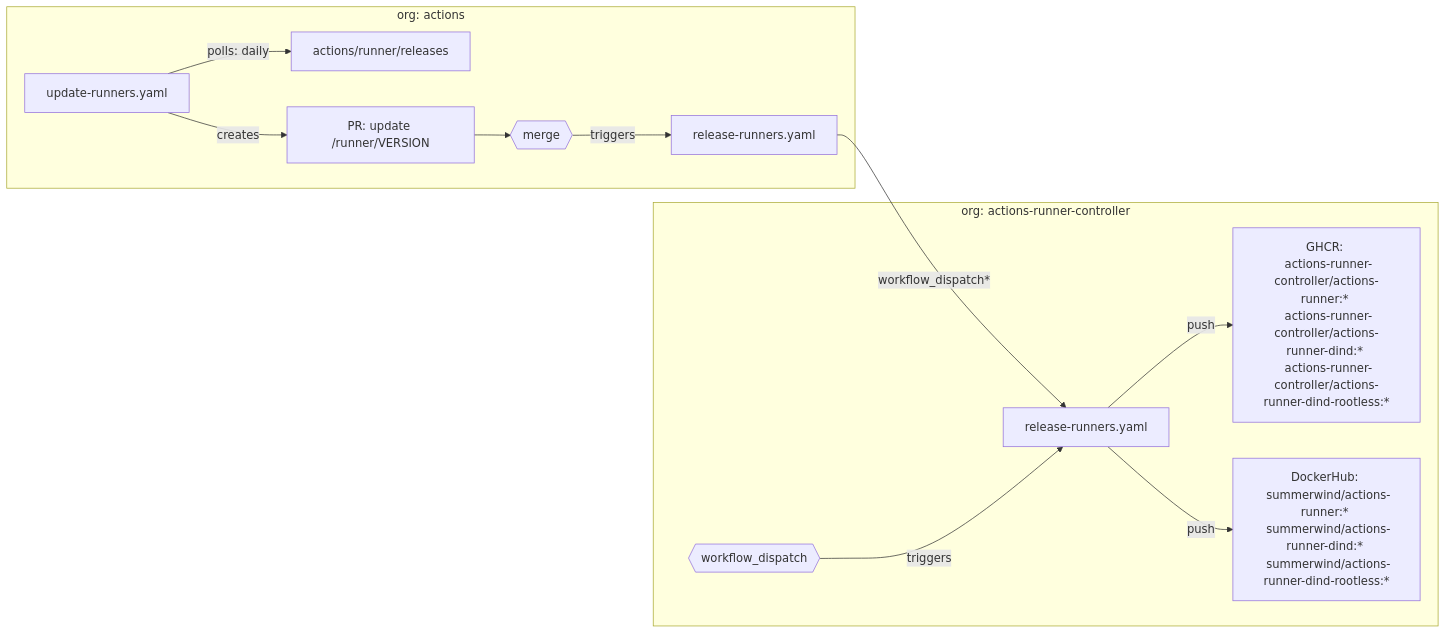
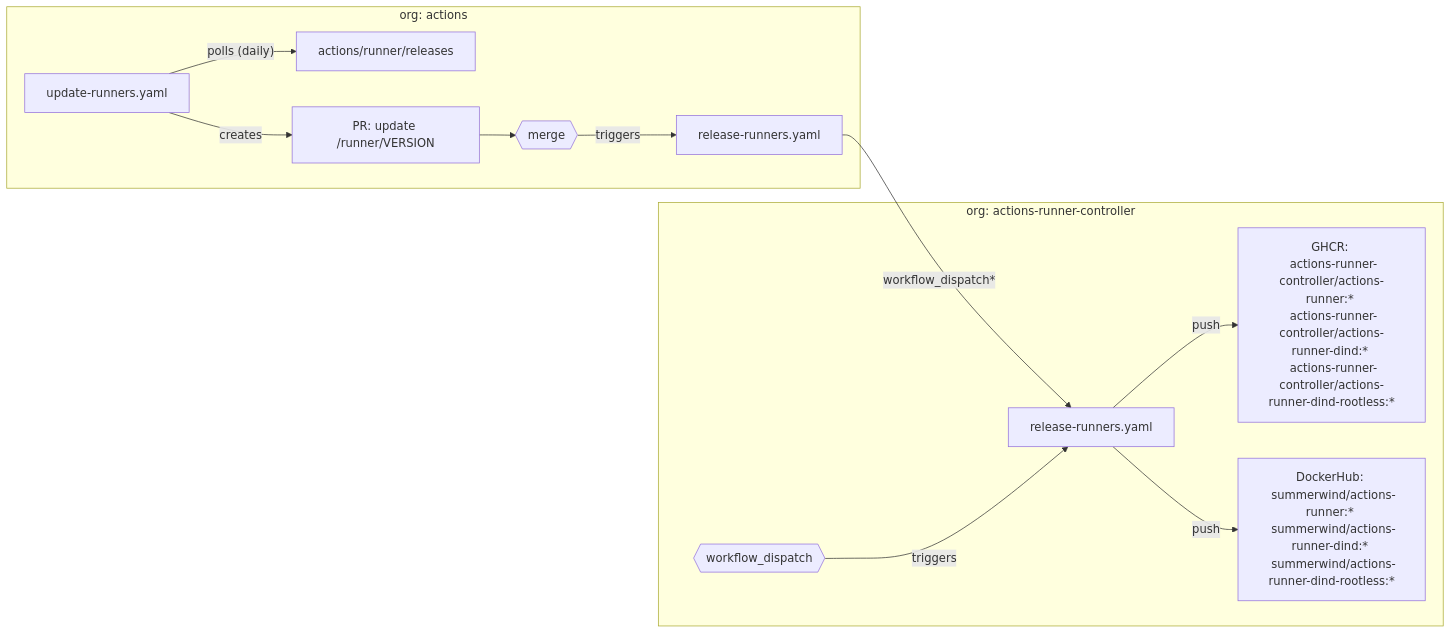
One commit to actions-runner-controller/releases changed the first of 3 diagrams in README.md. Above: the diagram before and after it, drawn with Mermaid.

Commit message:
Wrap with double quotes

````diff
--- a/README.md
+++ b/README.md
@@ -11,15 +11,15 @@
 ```mermaid
 flowchart LR
     workflow["release-runners.yaml"] -- workflow_dispatch* --> workflow_b["release-runners.yaml"]
     subgraph org: actions
-    update_runners_workflow["update-runners.yaml"] -- polls: daily --> runner_releases["actions/runner/releases"]
+    update_runners_workflow["update-runners.yaml"] -- "polls (daily)" --> runner_releases["actions/runner/releases"]
     update_runners_workflow -- creates --> runner_update_pr["PR: update /runner/VERSION"]
     runner_update_pr --> runner_update_pr_merge{{"merge"}}
     runner_update_pr_merge -- triggers --> workflow["release-runners.yaml"]
     end
     subgraph org: actions-runner-controller
     workflow_b["release-runners.yaml"] -- push --> A["GHCR: \n actions-runner-controller/actions-runner:* \n actions-runner-controller/actions-runner-dind:* \n actions-runner-controller/actions-runner-dind-rootless:*"]
     workflow_b["release-runners.yaml"] -- push --> B["DockerHub: \n summerwind/actions-runner:* \n summerwind/actions-runner-dind:* \n summerwind/actions-runner-dind-rootless:*"]
     event_b{{"workflow_dispatch"}} -- triggers --> workflow_b["release-runners.yaml"]
     end
 ```
````
